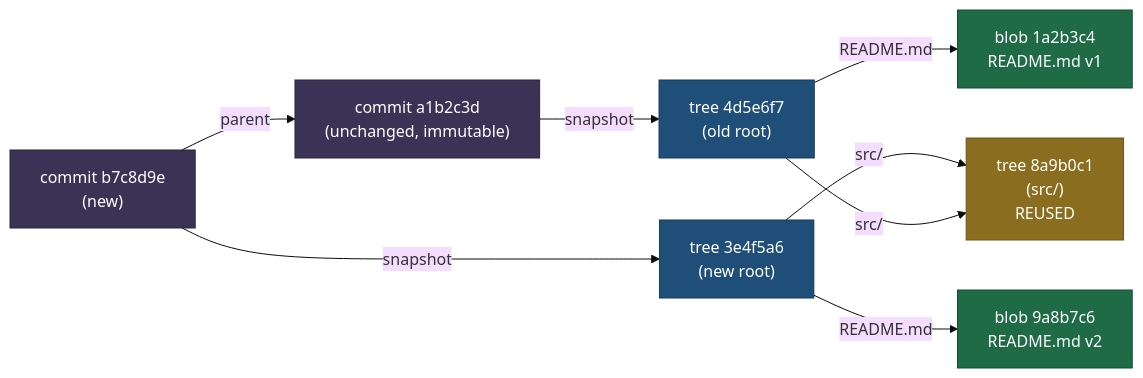
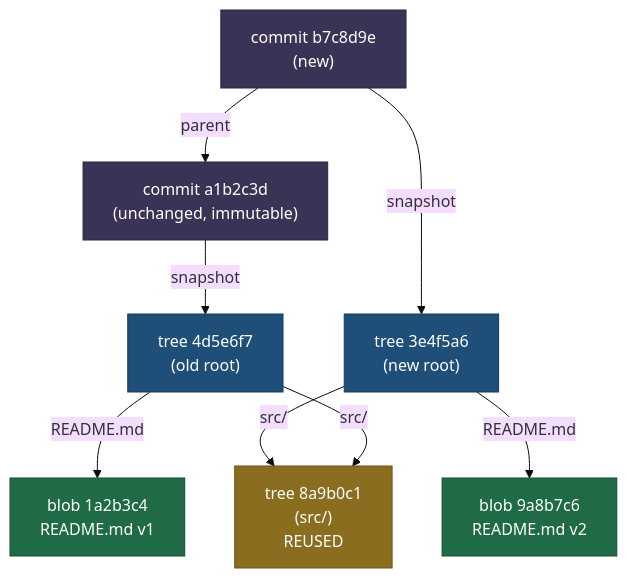
Before and after one commit to XinheLIU/ComputerScience: the third of 7 diagrams in en/book/01-foundations/01-environment-and-tools/git/git.md, drawn with Mermaid (base theme). The commit also changed other lines of this file and 164 other files, not shown here.

````diff
--- a/en/book/01-foundations/01-environment-and-tools/git/git.md
+++ b/en/book/01-foundations/01-environment-and-tools/git/git.md
@@ -148,20 +166,20 @@
 ```mermaid
-graph LR
+graph TD
     C2["commit b7c8d9e<br/>(new)"] -- "parent" --> C1["commit a1b2c3d<br/>(unchanged, immutable)"]
     C2 -- "snapshot" --> T2["tree 3e4f5a6<br/>(new root)"]
     C1 -- "snapshot" --> T0["tree 4d5e6f7<br/>(old root)"]
 
     T2 -- "README.md" --> BNEW["blob 9a8b7c6<br/>README.md v2"]
     T2 -- "src/" --> TS["tree 8a9b0c1<br/>(src/)<br/>REUSED"]
     T0 -- "README.md" --> BOLD["blob 1a2b3c4<br/>README.md v1"]
     T0 -- "src/" --> TS
 
     classDef commit fill:#3b3355,stroke:#2a2440,color:#fff
     classDef tree fill:#1f4e79,stroke:#163a5a,color:#fff
     classDef blob fill:#1e6b45,stroke:#154d32,color:#fff
     classDef reused fill:#8a6d1f,stroke:#6b5418,color:#fff
     class C1,C2 commit
     class T2,T0 tree
     class BNEW,BOLD blob
     class TS reused
 ```
````
